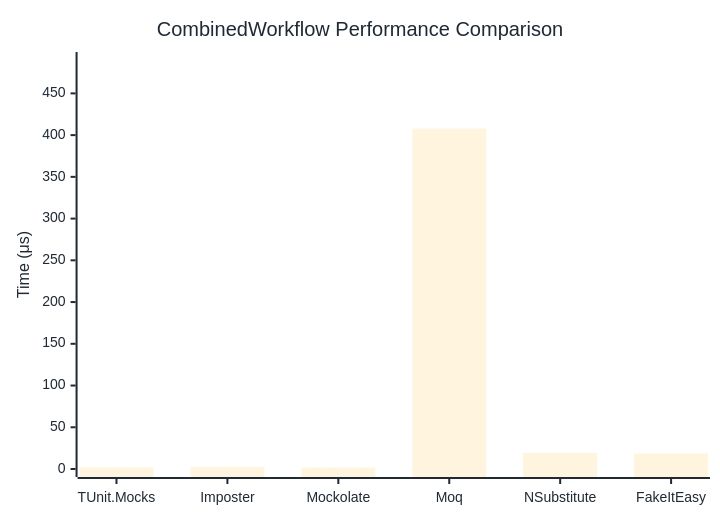
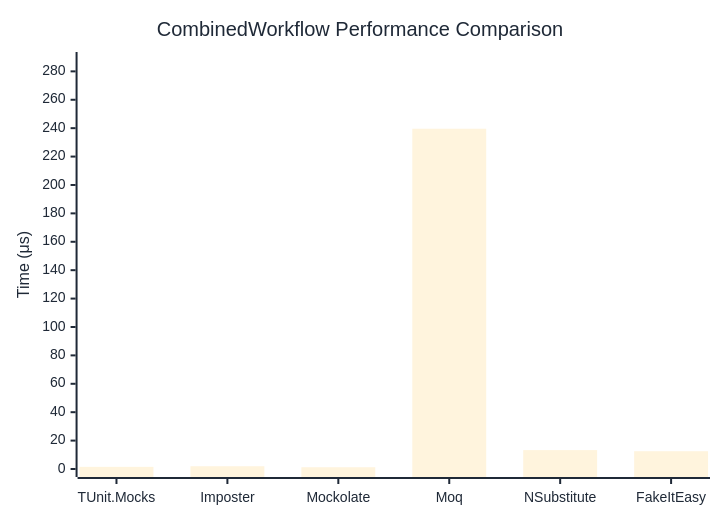
One commit to thomhurst/TUnit changed the diagram in docs/docs/benchmarks/mocks/CombinedWorkflow.md. Above: the diagram before and after it, drawn with Mermaid. The commit also changed other lines of this file and 14 other files, not shown here.

````diff
--- a/docs/docs/benchmarks/mocks/CombinedWorkflow.md
+++ b/docs/docs/benchmarks/mocks/CombinedWorkflow.md
@@ -30,27 +30,27 @@
 ```mermaid
 %%{init: {
   'theme':'base',
   'themeVariables': {
     'primaryColor': '#2563eb',
     'primaryTextColor': '#1f2937',
     'primaryBorderColor': '#1e40af',
     'lineColor': '#6b7280',
     'secondaryColor': '#7c3aed',
     'tertiaryColor': '#dc2626',
     'background': '#ffffff',
     'pie1': '#2563eb',
     'pie2': '#7c3aed',
     'pie3': '#dc2626',
     'pie4': '#f59e0b',
     'pie5': '#10b981',
     'pie6': '#06b6d4',
     'pie7': '#ec4899',
     'pie8': '#6366f1'
   }
 }}%%
 xychart-beta
   title "CombinedWorkflow Performance Comparison"
   x-axis ["TUnit.Mocks", "Imposter", "Mockolate", "Moq", "NSubstitute", "FakeItEasy"]
-  y-axis "Time (μs)" 0 --> 490
-  bar [1.861, 2.59, 1.638, 407.801, 19.276, 18.479]
+  y-axis "Time (μs)" 0 --> 288
+  bar [1.516, 1.939, 1.239, 239.608, 13.3, 12.529]
 ```
````
